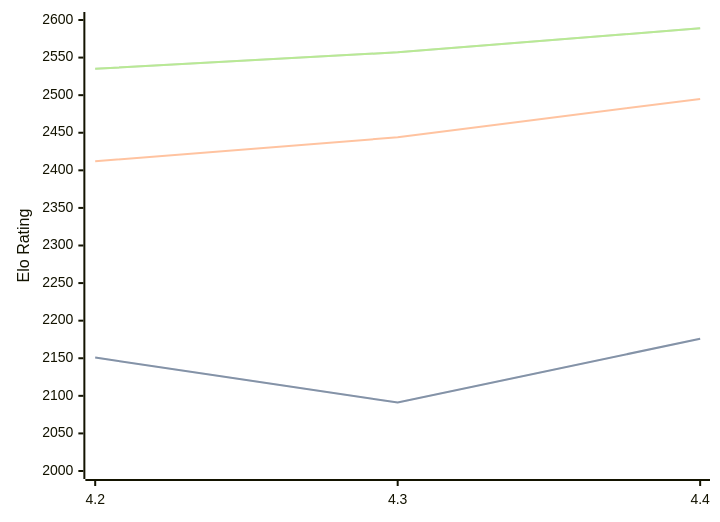
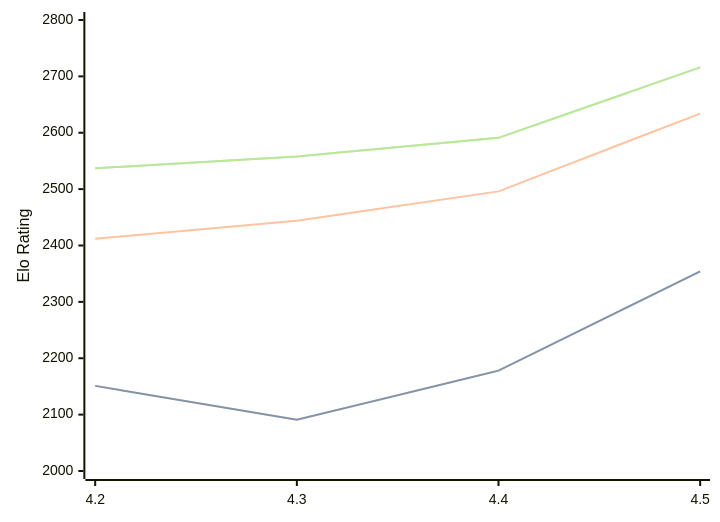
The diagram in engines/Eubos.md (computer-chess-index/cci), drawn with Mermaid before and after one commit. The commit also changed other lines of this file, not shown here.

Commit message:
Update CCI Ratings (ELO VLTC) - 2026-06-11

````diff
--- a/engines/Eubos.md
+++ b/engines/Eubos.md
@@ -90,11 +90,11 @@
 ```mermaid
 %%{init: {"theme":"base","themeVariables":{"seriesColors:['#a3a3a3','#222221','#faa371']}}}%%
 xychart-beta
-  x-axis ["4.2", "4.3", "4.4"]
-  y-axis "Elo Rating" 2000 --> 2600
-  line "STC (8.0+0.08s)" [2151, 2091, 2176]
-  line "STC (8.0+0.08s)" [2151, 2091, 2176]
-  line "LTC (60.0+0.60s)" [2412, 2444, 2495]
-  line "VLTC (2m24s+1.12s)" [2535, 2557, 2589]
-  line "VLTC (2m24s+1.12s)" [2535, 2557, 2589]
+  x-axis ["4.2", "4.3", "4.4", "4.5"]
+  y-axis "Elo Rating" 2000 --> 2800
+  line "STC (8.0+0.08s)" [2151, 2091, 2178, 2354]
+  line "STC (8.0+0.08s)" [2151, 2091, 2178, 2354]
+  line "LTC (60.0+0.60s)" [2412, 2444, 2496, 2634]
+  line "VLTC (2m24s+1.12s)" [2537, 2558, 2591, 2716]
+  line "VLTC (2m24s+1.12s)" [2537, 2558, 2591, 2716]
 ```
````
